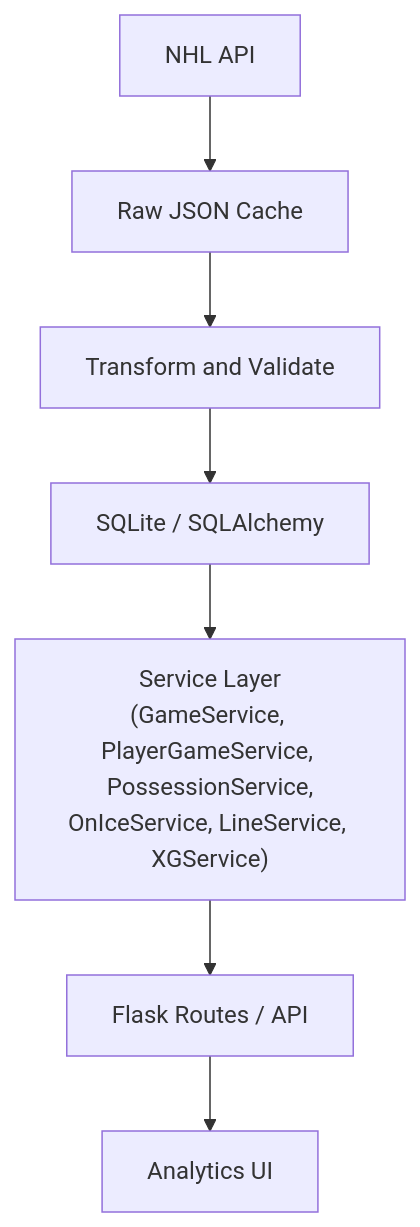
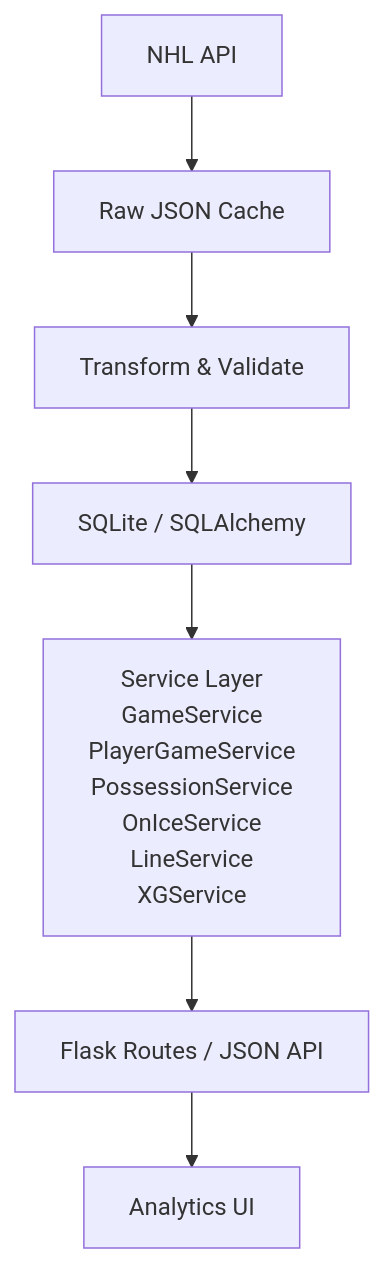
Before and after one commit to david-turnbull/Hockey-game-analyzer: the diagram in README.md, drawn with Mermaid. The commit also changed other lines of this file and 10 other files, not shown here.

````diff
--- a/README.md
+++ b/README.md
@@ -31,9 +70,9 @@
 ```mermaid
 flowchart TD
     A[NHL API] --> B[Raw JSON Cache]
-    B --> C[Transform and Validate]
+    B --> C[Transform & Validate]
     C --> D[SQLite / SQLAlchemy]
-    D --> E["Service Layer<br>(GameService, PlayerGameService, PossessionService,<br>OnIceService, LineService, XGService)"]
-    E --> F[Flask Routes / API]
+    D --> E["Service Layer<br/>GameService<br/>PlayerGameService<br/>PossessionService<br/>OnIceService<br/>LineService<br/>XGService"]
+    E --> F[Flask Routes / JSON API]
     F --> G[Analytics UI]
 ```
````
